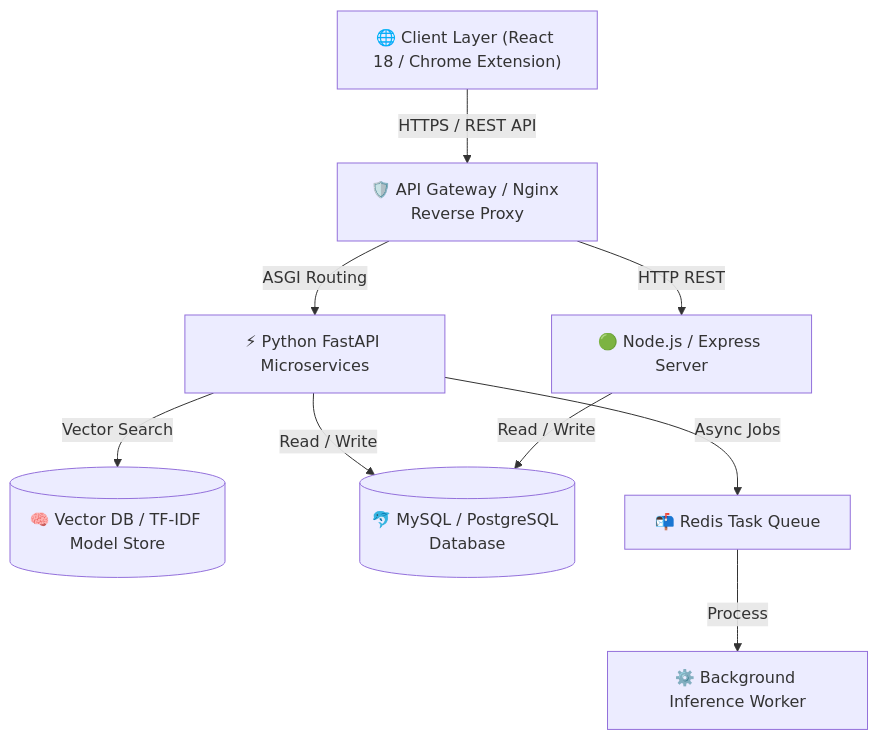
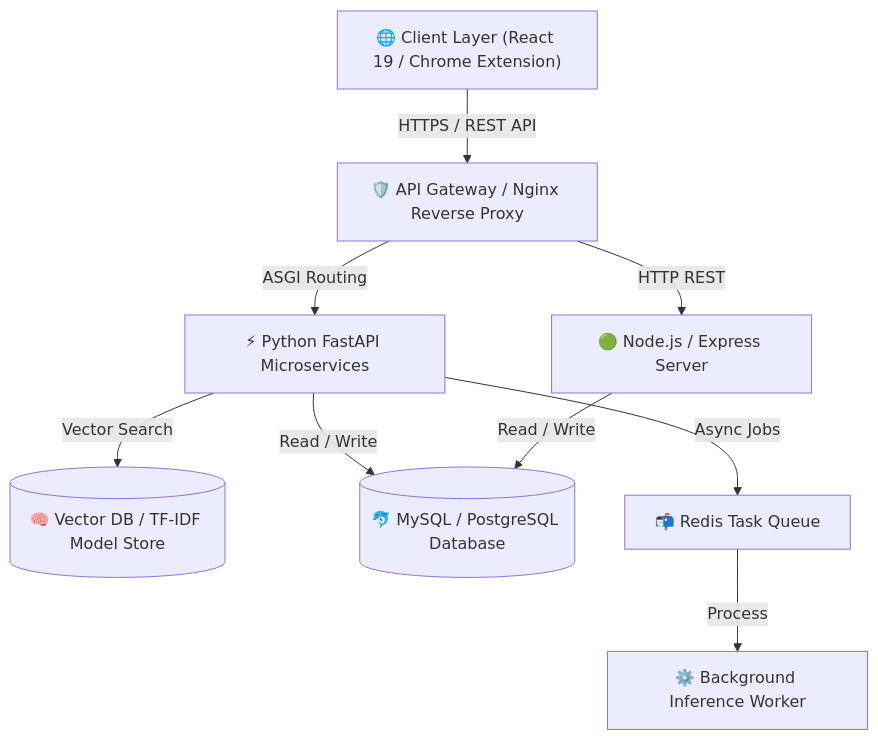
The first of 2 diagrams in README.md (prasannapbhurke/prasannapbhurke), drawn with Mermaid before and after one commit. The commit also changed other lines of this file and 2 other files, not shown here.

Commit message:
feat: apply Gotham Batman theme to profile README and fix React hooks

````diff
--- a/README.md
+++ b/README.md
@@ -385,13 +416,13 @@
 ```mermaid
 flowchart TD
-    Client["🌐 Client Layer (React 18 / Chrome Extension)"] -->|HTTPS / REST API| Gateway["🛡️ API Gateway / Nginx Reverse Proxy"]
+    Client["🌐 Client Layer (React 19 / Chrome Extension)"] -->|HTTPS / REST API| Gateway["🛡️ API Gateway / Nginx Reverse Proxy"]
     Gateway -->|ASGI Routing| FastAPI["⚡ Python FastAPI Microservices"]
     Gateway -->|HTTP REST| NodeEngine["🟢 Node.js / Express Server"]
     
     FastAPI -->|Vector Search| VectorDB[("🧠 Vector DB / TF-IDF Model Store")]
     FastAPI -->|Read / Write| SQLDB[("🐬 MySQL / PostgreSQL Database")]
     NodeEngine -->|Read / Write| SQLDB
     
     FastAPI -->|Async Jobs| Queue["📬 Redis Task Queue"]
     Queue -->|Process| Worker["⚙️ Background Inference Worker"]
 ```
````
